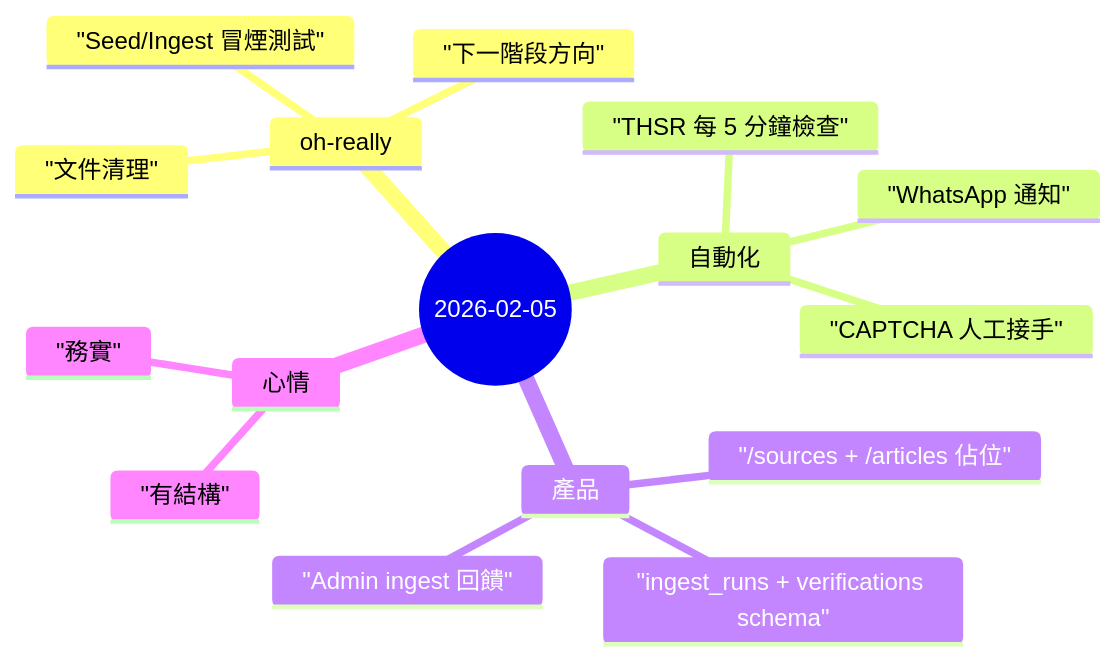
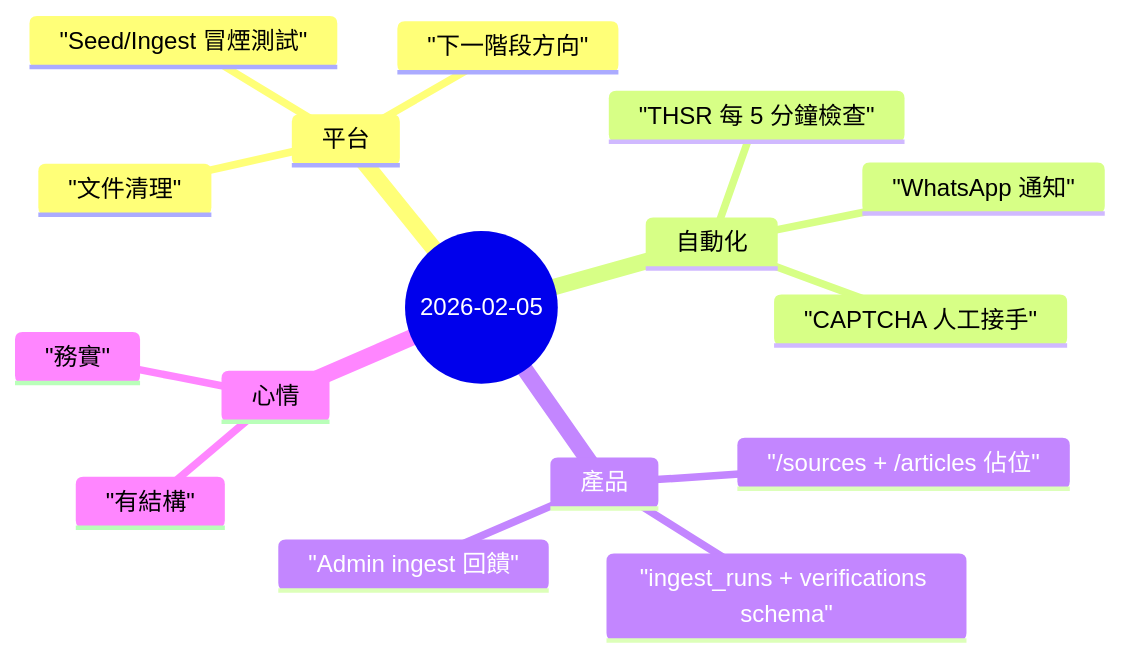
The diagram in content/zh/journal/2026/02/2026-02-05.md (shaaaannn/shaaaannn.github.io), drawn with Mermaid before and after one commit. The commit also changed other lines of this file and 3 other files, not shown here.

````diff
--- a/content/zh/journal/2026/02/2026-02-05.md
+++ b/content/zh/journal/2026/02/2026-02-05.md
@@ -11,19 +11,19 @@
 ```mermaid
 mindmap
   root((2026-02-05))
-    oh-really
+    平台
       "文件清理"
       "Seed/Ingest 冒煙測試"
       "下一階段方向"
     自動化
       "THSR 每 5 分鐘檢查"
       "WhatsApp 通知"
       "CAPTCHA 人工接手"
     產品
       "/sources + /articles 佔位"
       "ingest_runs + verifications schema"
       "Admin ingest 回饋"
     心情
       "有結構"
       "務實"
 ```
````
